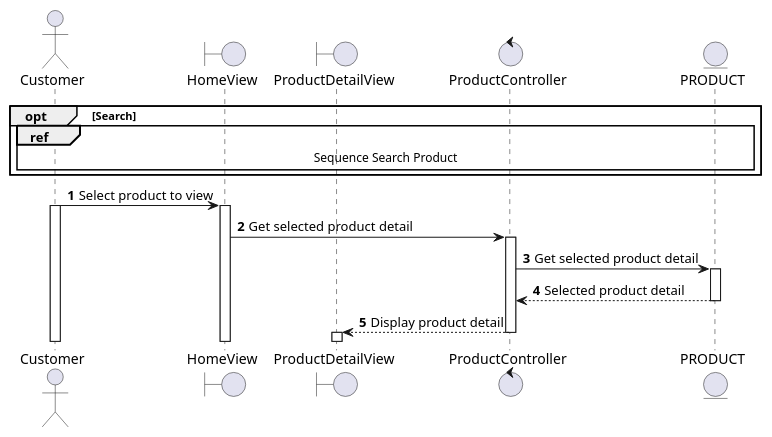
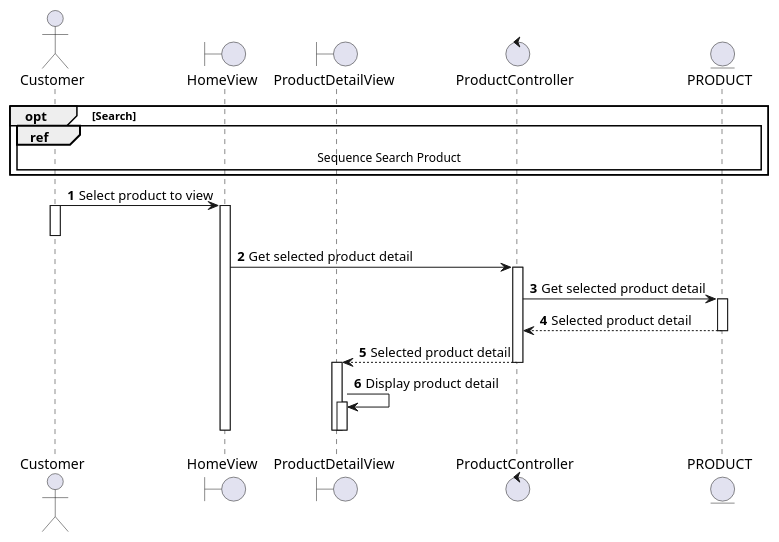
One commit to electricilies/electricilies.github.io changed the diagram in docs/docs/sequence/view-product/view-product-detail.md. Above: the diagram before and after it, drawn with PlantUML. The commit also changed 4 other files, not shown here.

````diff
--- a/docs/docs/sequence/view-product/view-product-detail.md
+++ b/docs/docs/sequence/view-product/view-product-detail.md
@@ -3,30 +3,34 @@
 ```plantuml
 @startuml
 autonumber
 
 actor Customer as C
 boundary HomeView as HV
 boundary ProductDetailView as PDV
 control ProductController as PC
 entity PRODUCT as P
 
 opt Search
   ref over C, P: Sequence Search Product
 end
-
 C -> HV: Select product to view
 activate C
 activate HV
+deactivate C
 HV -> PC: Get selected product detail
 activate PC
 PC -> P: Get selected product detail
 activate P
 PC <-- P: Selected product detail
 deactivate P
-PDV <-- PC: Display product detail
+PDV <-- PC: Selected product detail
 deactivate PC
 activate PDV
+PDV -> PDV: Display product detail
+activate PDV
 deactivate PDV
+deactivate PDV
+deactivate HV
 
 @enduml
 ```
````
